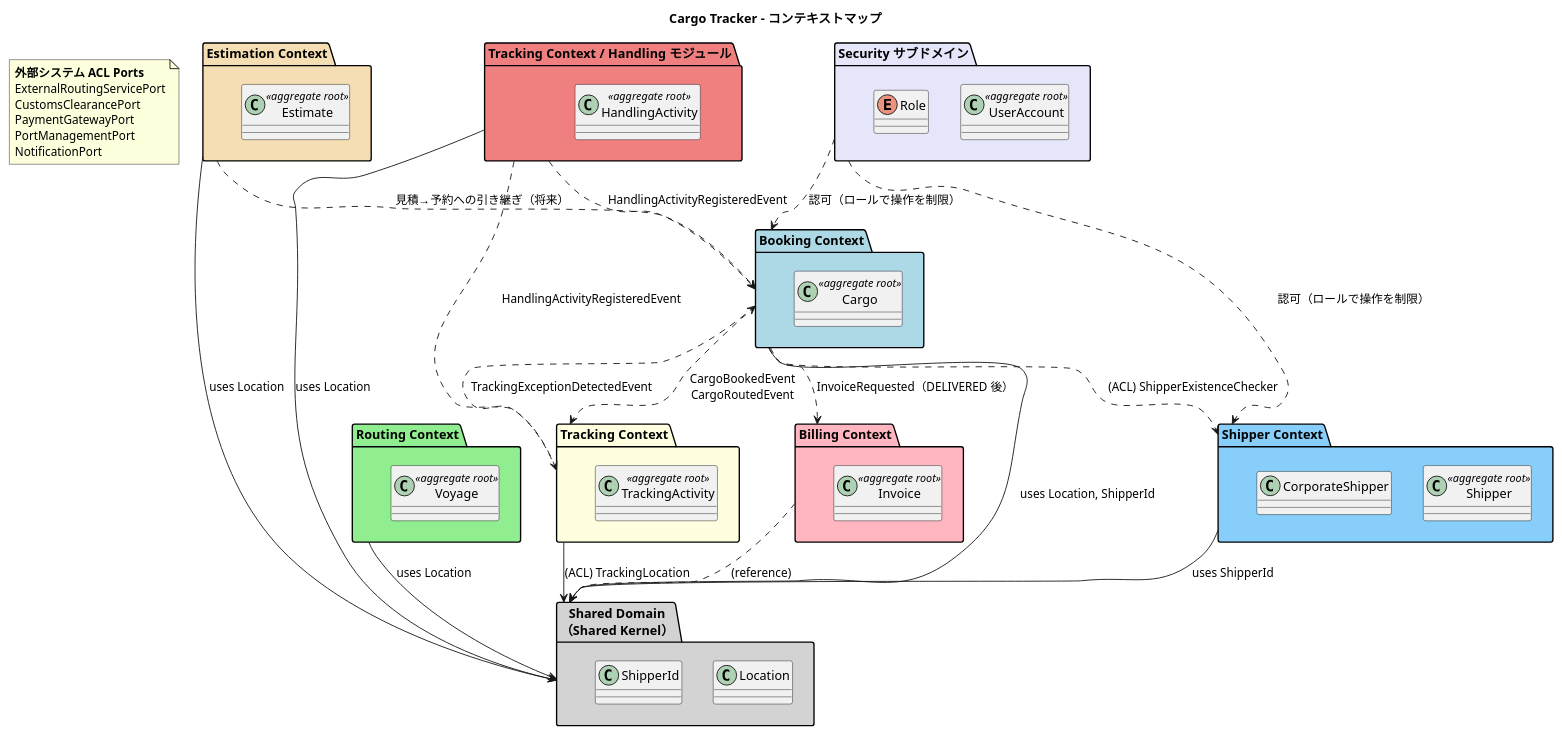
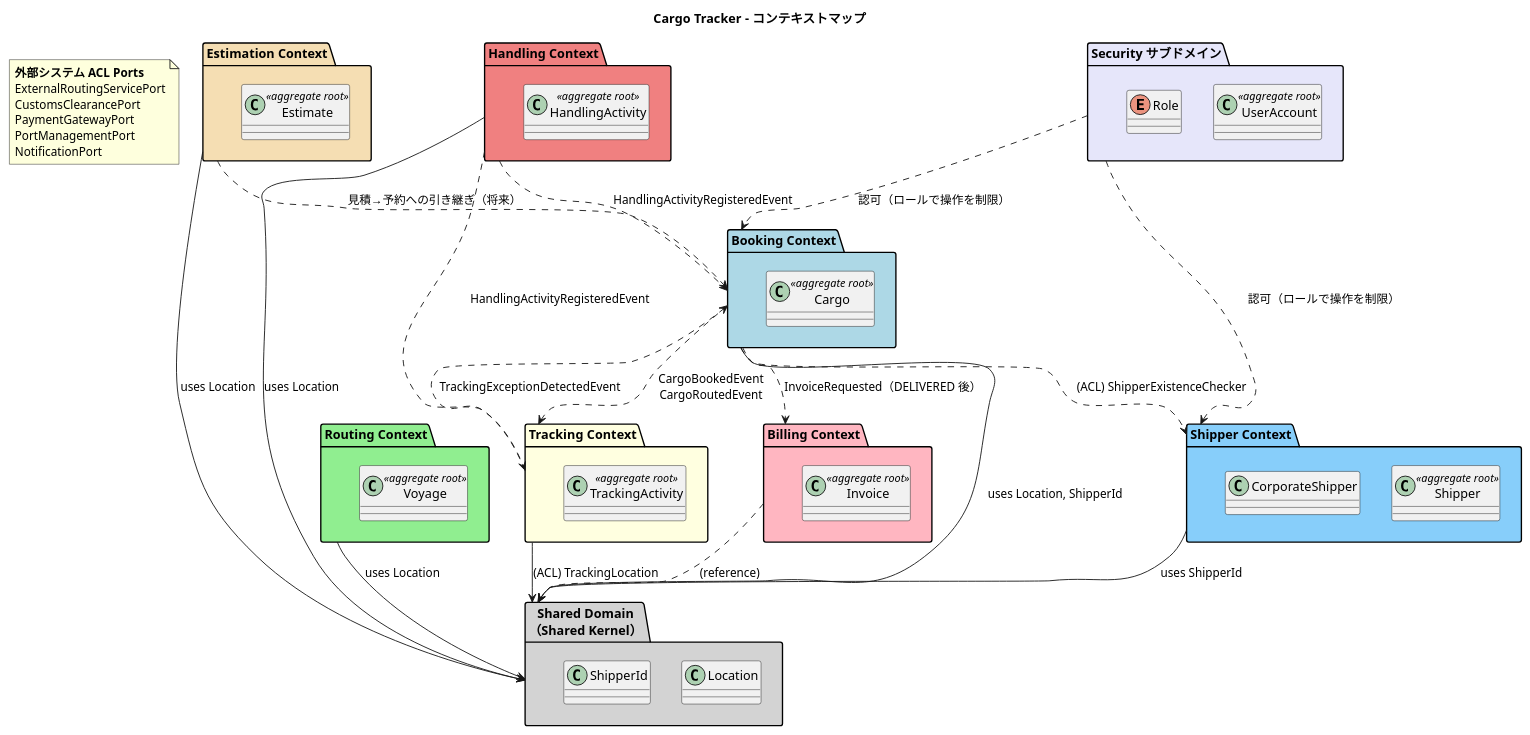
One commit to k2works/case-study-cargo-tracker changed the second of 11 diagrams in docs/design/domain-model.md. Above: the diagram before and after it, drawn with PlantUML. The commit also changed other lines of this file and 71 other files, not shown here.

First line of the commit message:
refactor(handling): Handling Context を独立した BC に昇格する

````diff
--- a/docs/design/domain-model.md
+++ b/docs/design/domain-model.md
@@ -111,72 +111,72 @@
 ```plantuml
 @startuml
 title Cargo Tracker - コンテキストマップ
 
 package "Booking Context" as booking #lightblue {
   class Cargo <<aggregate root>>
 }
 
 package "Shipper Context" as shipper #lightskyblue {
   class Shipper <<aggregate root>>
   class CorporateShipper
 }
 
 package "Routing Context" as routing #lightgreen {
   class Voyage <<aggregate root>>
 }
 
 package "Tracking Context" as tracking #lightyellow {
   class TrackingActivity <<aggregate root>>
 }
 
-package "Tracking Context / Handling モジュール" as handling #lightcoral {
+package "Handling Context" as handling #lightcoral {
   class HandlingActivity <<aggregate root>>
 }
 
 package "Billing Context" as billing #lightpink {
   class Invoice <<aggregate root>>
 }
 
 package "Estimation Context" as estimation #wheat {
   class Estimate <<aggregate root>>
 }
 
 package "Shared Domain\n（Shared Kernel）" as shared #lightgray {
   class Location
   class ShipperId
 }
 
 package "Security サブドメイン" as security #lavender {
   class UserAccount <<aggregate root>>
   enum Role
 }
 
 booking --> shared : uses Location, ShipperId
 booking ..> shipper : (ACL) ShipperExistenceChecker
 shipper --> shared : uses ShipperId
 routing --> shared : uses Location
 tracking --> shared : (ACL) TrackingLocation
 handling --> shared : uses Location
 
 booking ..> tracking : CargoBookedEvent\nCargoRoutedEvent
 handling ..> tracking : HandlingActivityRegisteredEvent
 handling ..> booking : HandlingActivityRegisteredEvent
 tracking ..> booking : TrackingExceptionDetectedEvent
 booking ..> billing : InvoiceRequested（DELIVERED 後）
 billing ..> shared : (reference)
 estimation --> shared : uses Location
 estimation ..> booking : 見積→予約への引き継ぎ（将来）
 security ..> booking : 認可（ロールで操作を制限）
 security ..> shipper : 認可（ロールで操作を制限）
 
 note as ACL_NOTE
   **外部システム ACL Ports**
   ExternalRoutingServicePort
   CustomsClearancePort
   PaymentGatewayPort
   PortManagementPort
   NotificationPort
 end note
 
 @enduml
 ```
````
